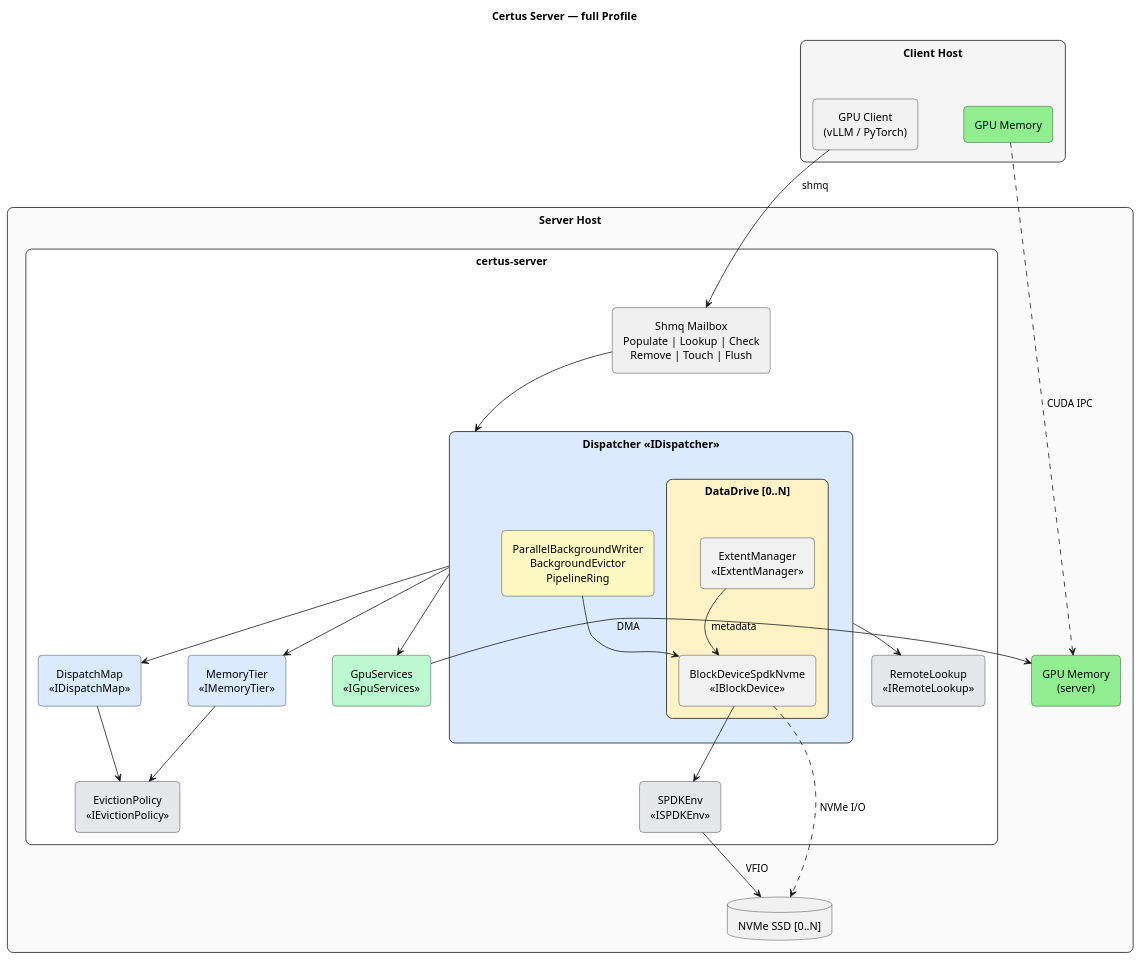
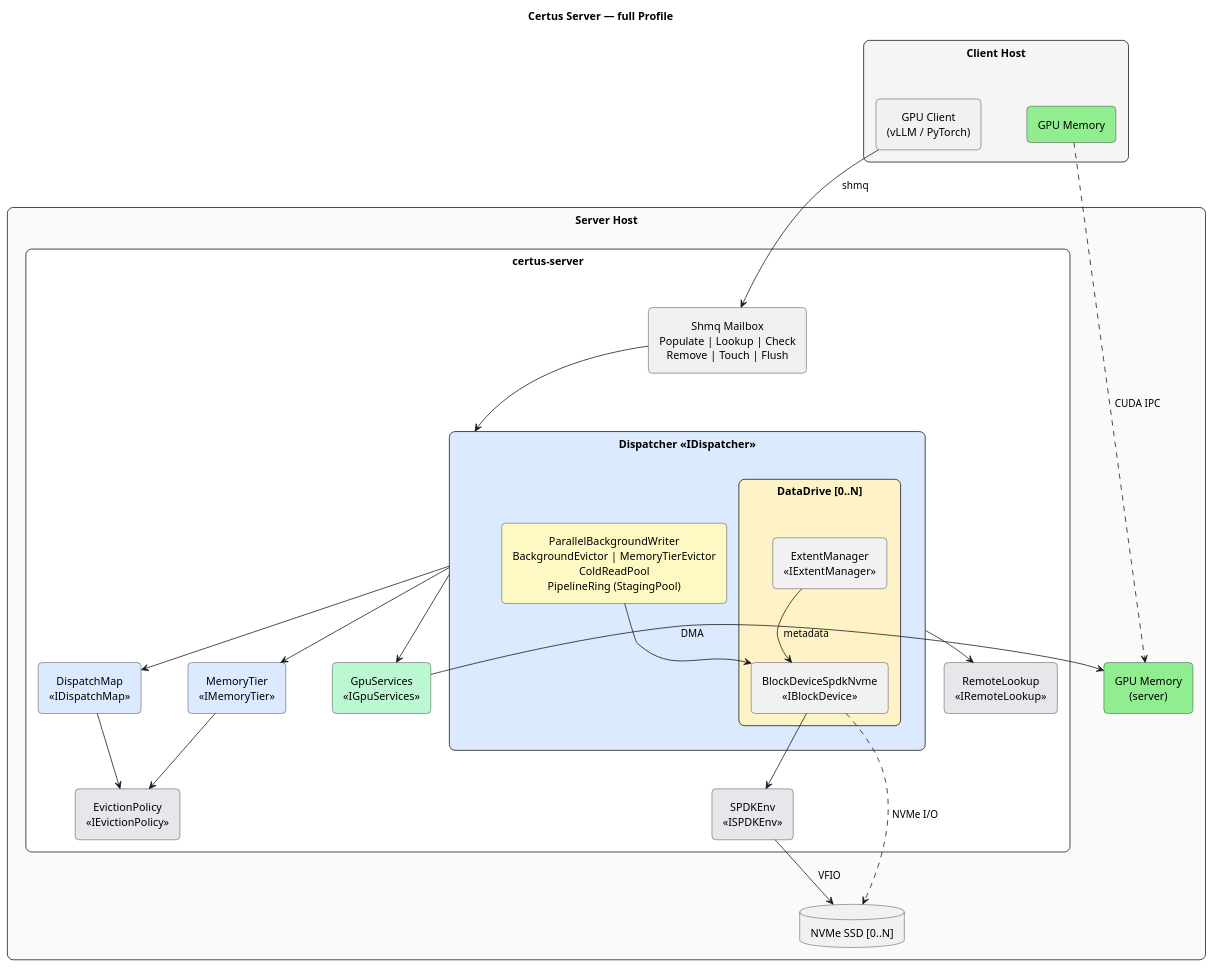
One commit to AI-native-Systems-Research/ai-native-storage-certus changed the diagram in design/profiles/full/certus-server-deployment.puml. Above: the diagram before and after it, drawn with PlantUML. The commit also changed 24 other files, not shown here.

```diff
--- a/design/profiles/full/certus-server-deployment.puml
+++ b/design/profiles/full/certus-server-deployment.puml
@@ -1,79 +1,79 @@
 @startuml
 skinparam defaultTextAlignment center
 skinparam padding 4
 skinparam nodesep 60
 skinparam ranksep 50
 skinparam rectangle {
     RoundCorner 15
 }
 skinparam agent {
     RoundCorner 10
 }
 hide stereotype
 
 title Certus Server — full Profile
 
 ' ============================================================
 ' CLIENT
 ' ============================================================
 rectangle "**Client Host**" as client_box #F5F5F5 {
     agent "GPU Client\n(vLLM / PyTorch)" as pyclient
     agent "GPU Memory" as client_gpu #LightGreen
 }
 
 ' ============================================================
 ' SERVER
 ' ============================================================
 rectangle "**Server Host**" as server_box #FAFAFA {
 
     rectangle "certus-server" as server_proc #White {
 
         agent "Shmq Mailbox\nPopulate | Lookup | Check\nRemove | Touch | Flush" as shmq #F0F0F0
 
         rectangle "**Dispatcher** <<IDispatcher>>" as dispatcher #DBEAFE {
             rectangle "DataDrive [0..N]" as data_drive #FEF3C7 {
                 agent "BlockDeviceSpdkNvme\n<<IBlockDevice>>" as blkdev
                 agent "ExtentManager\n<<IExtentManager>>" as extmgr
             }
-            agent "ParallelBackgroundWriter\nBackgroundEvictor\nPipelineRing" as disp_bg #FEF9C3
+            agent "ParallelBackgroundWriter\nBackgroundEvictor | MemoryTierEvictor\nColdReadPool\nPipelineRing (StagingPool)" as disp_bg #FEF9C3
         }
 
         agent "DispatchMap\n<<IDispatchMap>>" as dispatch_map #DBEAFE
         agent "MemoryTier\n<<IMemoryTier>>" as memory_tier #DBEAFE
         agent "EvictionPolicy\n<<IEvictionPolicy>>" as eviction #E5E7EB
         agent "GpuServices\n<<IGpuServices>>" as gpu_svc #BBF7D0
         agent "SPDKEnv\n<<ISPDKEnv>>" as spdk_env #E5E7EB
         agent "RemoteLookup\n<<IRemoteLookup>>" as remote_lookup #E5E7EB
     }
 
     agent "GPU Memory\n(server)" as server_gpu #LightGreen
     database "NVMe SSD [0..N]" as nvme_data
 }
 
 ' ============================================================
 ' CONNECTIONS
 ' ============================================================
 
 pyclient -down-> shmq : shmq
 client_gpu .down.> server_gpu : CUDA IPC
 
 shmq -down-> dispatcher
 
 dispatcher -down-> dispatch_map
 dispatcher -down-> memory_tier
 dispatcher -down-> gpu_svc
 dispatcher --> remote_lookup
 
 dispatch_map -down-> eviction
 memory_tier -down-> eviction
 
 disp_bg --> blkdev
 blkdev -down-> spdk_env
 extmgr --> blkdev : metadata
 
 gpu_svc -right-> server_gpu : DMA
 
 spdk_env -down-> nvme_data : VFIO
 blkdev .down.> nvme_data : NVMe I/O
 
 @enduml
```
